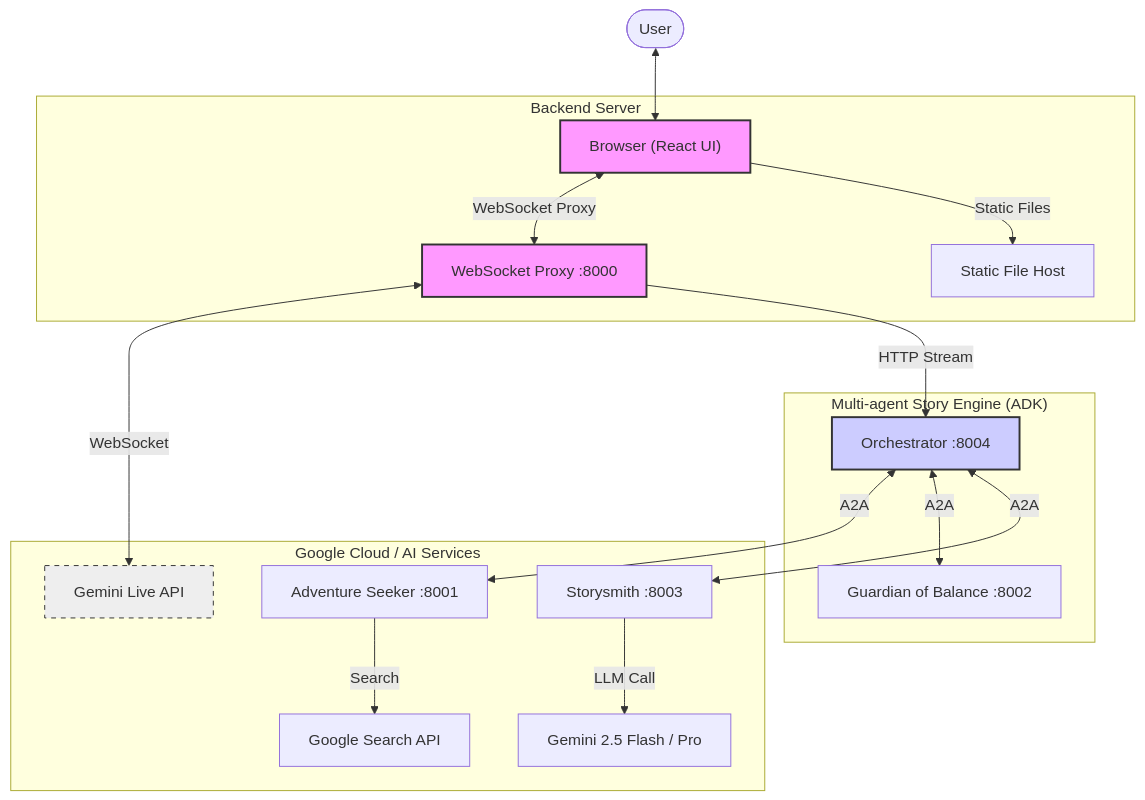
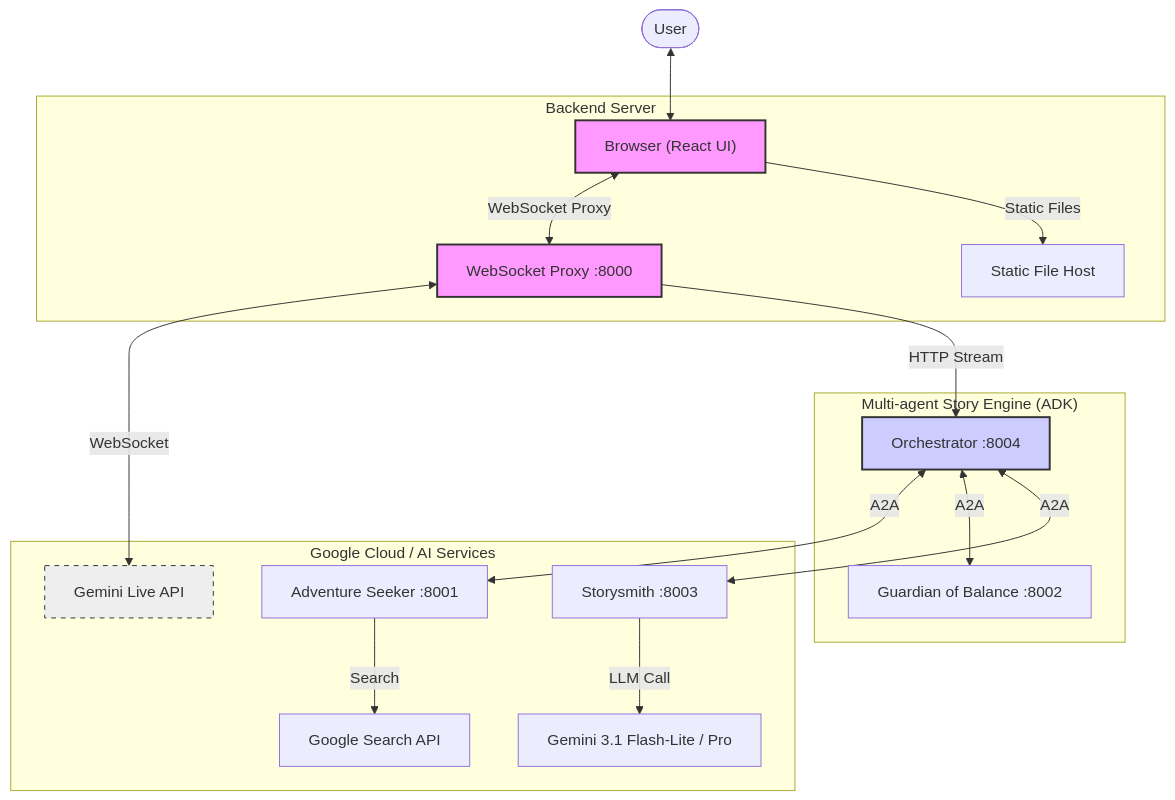
One commit to vero-code/gemini-tales-v2 changed the first of 4 diagrams in ARCHITECTURE.md. Above: the diagram before and after it, drawn with Mermaid. The commit also changed other lines of this file and 1 other file, not shown here.

Commit message:
docs: move to Gemini 3.1 Flash-Lite model

````diff
--- a/ARCHITECTURE.md
+++ b/ARCHITECTURE.md
@@ -45,27 +45,27 @@
 ```mermaid
 graph TD
     User([User]) <--> Browser["Browser (React UI)"]
     
     subgraph "Backend Server"
         Browser <-->|WebSocket Proxy| Proxy[WebSocket Proxy :8000]
         Browser -->|Static Files| Static[Static File Host]
     end
     
     subgraph "Google Cloud / AI Services"
         Proxy <-->|WebSocket| LiveAPI[Gemini Live API]
-        Storysmith -->|LLM Call| FlashPro[Gemini 2.5 Flash / Pro]
+        Storysmith -->|LLM Call| FlashPro[Gemini 3.1 Flash-Lite / Pro]
         Researcher -->|Search| GoogleSearch[Google Search API]
     end
     
     subgraph "Multi-agent Story Engine (ADK)"
         Proxy -->|HTTP Stream| Orchestrator[Orchestrator :8004]
         Orchestrator <-->|A2A| Researcher[Adventure Seeker :8001]
         Orchestrator <-->|A2A| Judge[Guardian of Balance :8002]
         Orchestrator <-->|A2A| Storysmith[Storysmith :8003]
     end
     
     style Browser fill:#f9f,stroke:#333,stroke-width:2px
     style Proxy fill:#f9f,stroke:#333,stroke-width:2px
     style Orchestrator fill:#ccf,stroke:#333,stroke-width:2px
     style LiveAPI fill:#eee,stroke:#333,stroke-dasharray: 5 5
 ```
````
